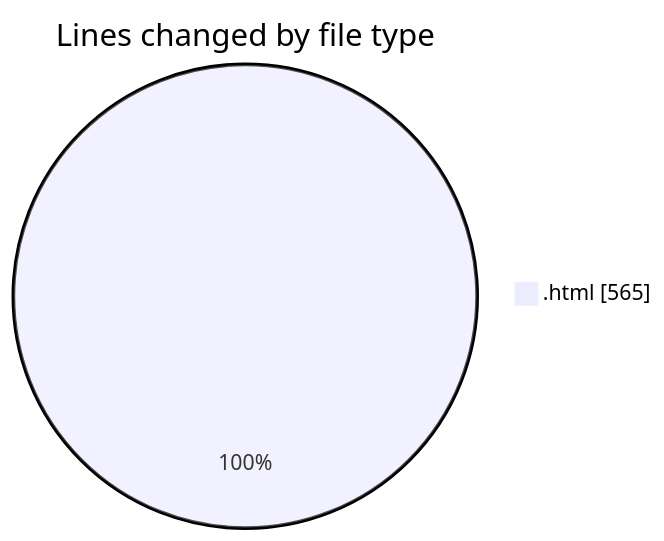
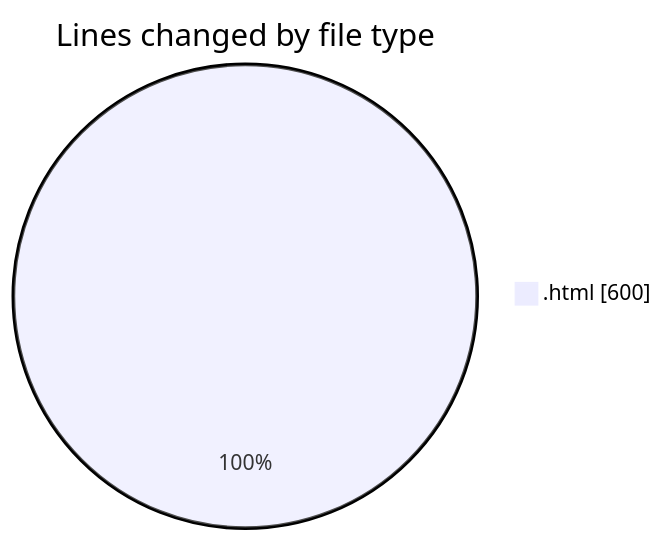
One commit to LanceThiago/code-tracking changed the first of 2 diagrams in 2025-01-13/nueva_carpeta/README.md. Above: the diagram before and after it, drawn with Mermaid. The commit also changed other lines of this file and 1 other file, not shown here.

````diff
--- a/2025-01-13/nueva_carpeta/README.md
+++ b/2025-01-13/nueva_carpeta/README.md
@@ -20,5 +20,5 @@
 ```mermaid
 pie showData
 title Lines changed by file type
-".html" : 565
+".html" : 600
 ```
````
